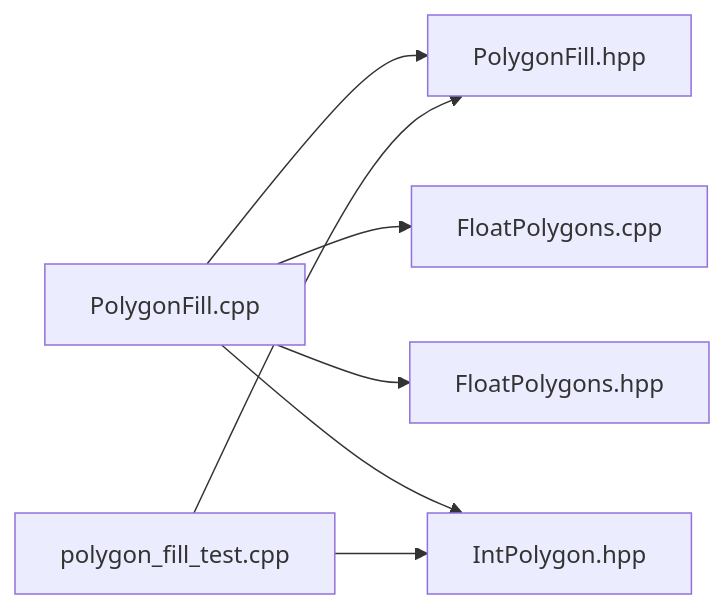
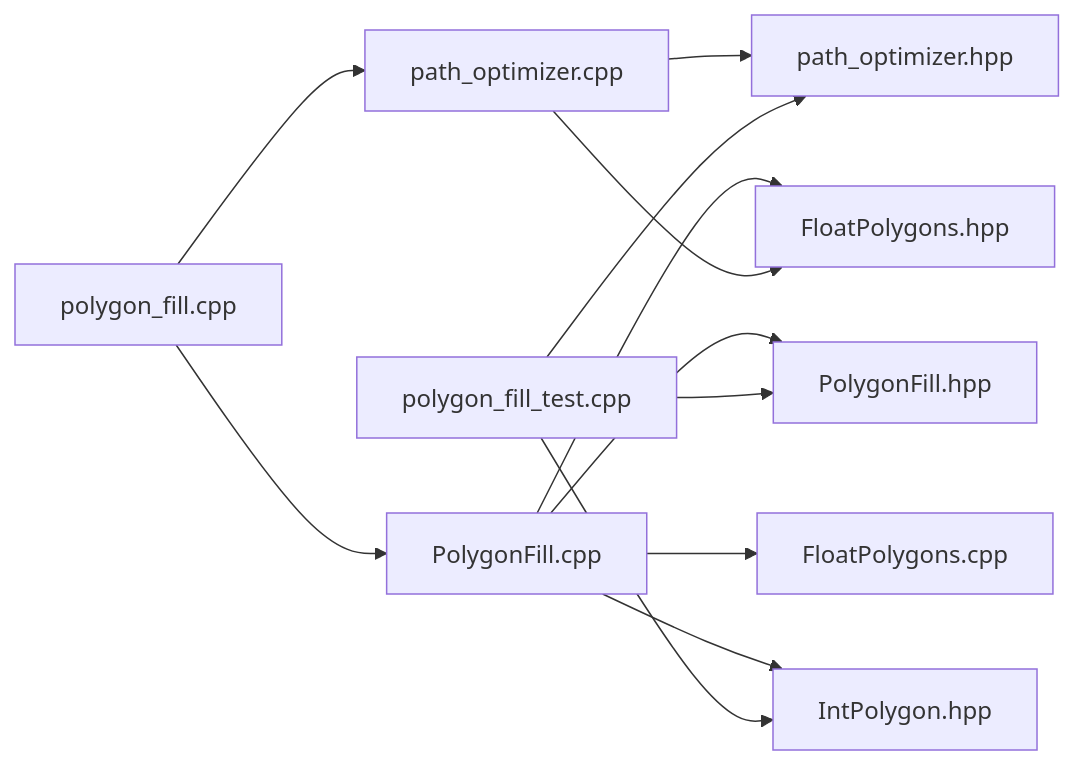
The ninth of 9 diagrams in .qoder/repowiki/en/content/2D Geometry Processing/Polygon Fill Algorithms/Polygon Fill Algorithms.md (hsmbanlance/HsBaSlicer), drawn with Mermaid before and after one commit. The commit also changed other lines of this file and 11 other files, not shown here.

````diff
--- a/.qoder/repowiki/en/content/2D Geometry Processing/Polygon Fill Algorithms/Polygon Fill Algorithms.md
+++ b/.qoder/repowiki/en/content/2D Geometry Processing/Polygon Fill Algorithms/Polygon Fill Algorithms.md
@@ -305,9 +413,14 @@
 ```mermaid
 graph LR
 PF["PolygonFill.cpp"] --> PH["PolygonFill.hpp"]
 PF --> FP_CPP["FloatPolygons.cpp"]
 PF --> FP_HPP["FloatPolygons.hpp"]
 PF --> IP["IntPolygon.hpp"]
+PO["path_optimizer.cpp"] --> PO_H["path_optimizer.hpp"]
+PO --> FP_HPP
+PO_API["polygon_fill.cpp"] --> PO
+PO_API --> PF
 TST["polygon_fill_test.cpp"] --> PH
 TST --> IP
+TST --> PO_H
 ```
````
